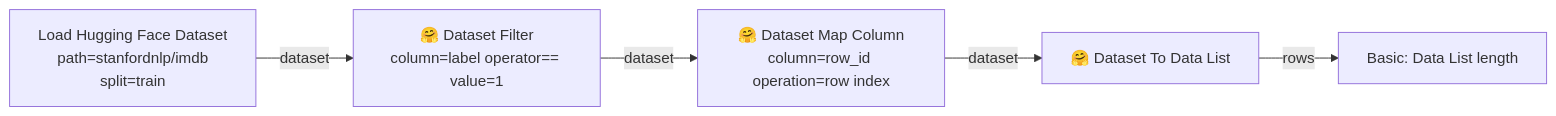
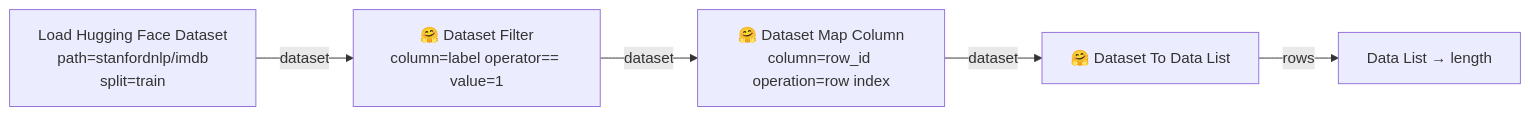
Before and after one commit to StableLlama/ComfyUI-huggingface_dataset: the third of 5 diagrams in README.md, drawn with Mermaid. The commit also changed other lines of this file and 5 other files, not shown here.

Commit message:
add "Working with Basic data handling" guide

````diff
--- a/README.md
+++ b/README.md
@@ -222,7 +224,7 @@
 ```mermaid
 flowchart LR
     A[Load Hugging Face Dataset<br/>path=stanfordnlp/imdb<br/>split=train] -->|dataset| B[🤗 Dataset Filter<br/>column=label operator== value=1]
     B -->|dataset| C[🤗 Dataset Map Column<br/>column=row_id operation=row index]
     C -->|dataset| D[🤗 Dataset To Data List]
-    D -->|rows| E[Basic: Data List length]
+    D -->|rows| E[Data List → length]
 ```
````
